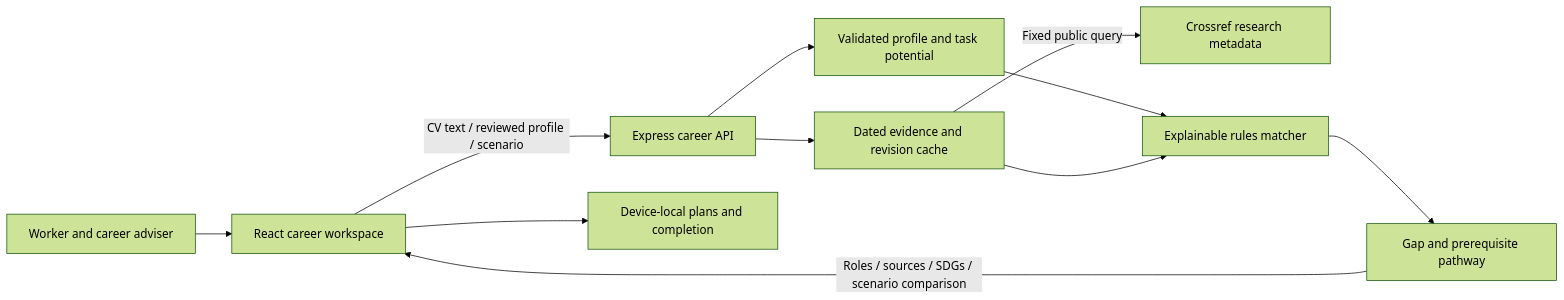
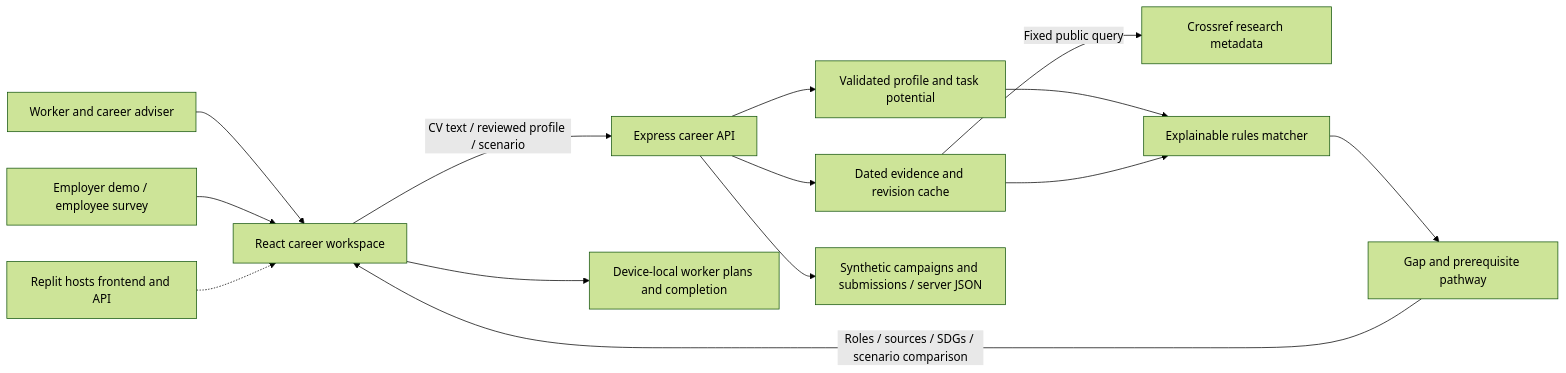
Before and after one commit to RayeC-1305/XMUMSDC_Decisive: the diagram in README.md, drawn with Mermaid (forest theme). The commit also changed other lines of this file and 96 other files, not shown here.

````diff
--- a/README.md
+++ b/README.md
@@ -123,13 +124,16 @@
 ```mermaid
 flowchart LR
   W[Worker and career adviser] --> UI[React career workspace]
   UI -->|CV text / reviewed profile / scenario| API[Express career API]
   API --> P[Validated profile and task potential]
   API --> E[Dated evidence and revision cache]
   E -->|Fixed public query| C[Crossref research metadata]
   P --> M[Explainable rules matcher]
   E --> M
   M --> L[Gap and prerequisite pathway]
   L -->|Roles / sources / SDGs / scenario comparison| UI
-  UI --> S[Device-local plans and completion]
+  UI --> S[Device-local worker plans and completion]
+  HR[Employer demo / employee survey] --> UI
+  API --> H[Synthetic campaigns and submissions / server JSON]
+  HOST[Replit hosts frontend and API] -.-> UI
 ```
````
